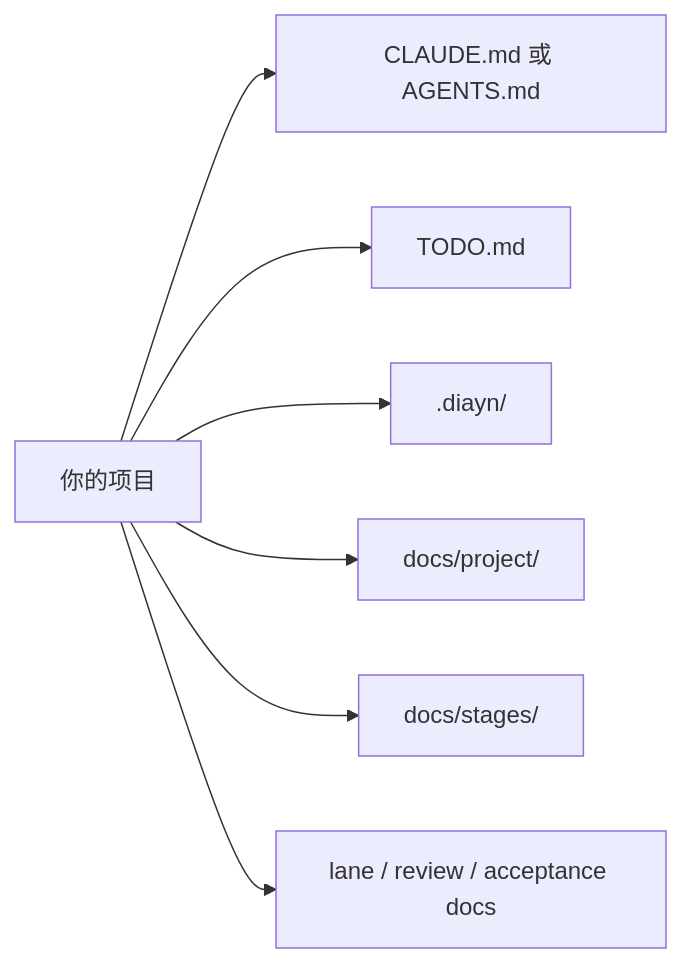
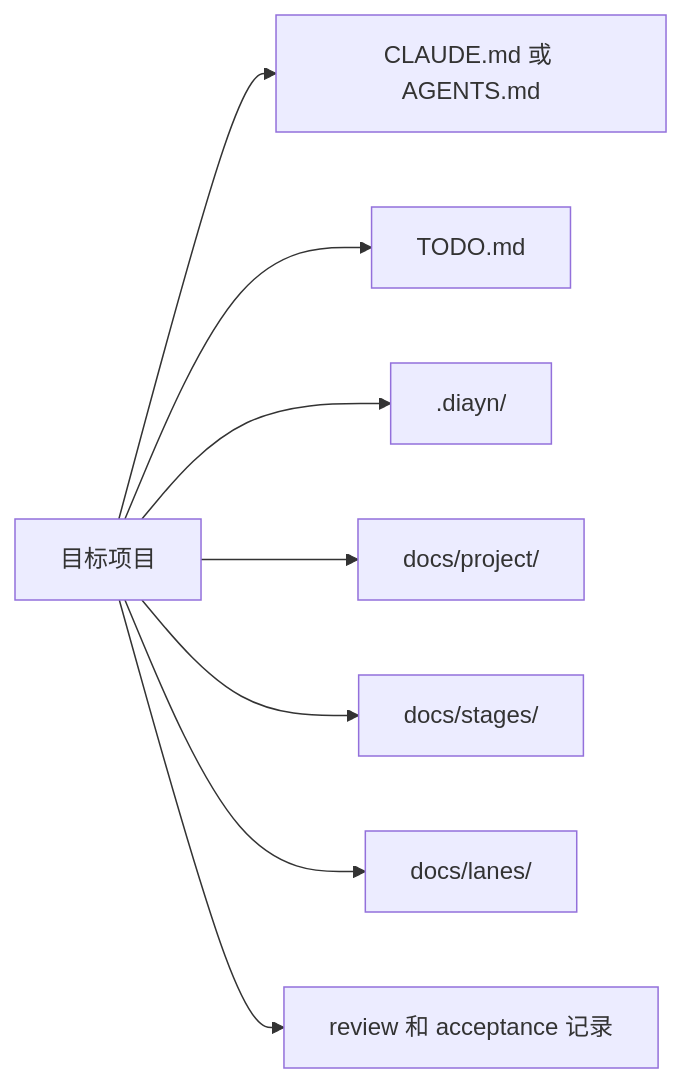
The second of 2 diagrams in README.zh-CN.md (ice268528/Docs-is-all-you-need), drawn with Mermaid before and after one commit. The commit also changed other lines of this file and 386 other files, not shown here.

````diff
--- a/README.zh-CN.md
+++ b/README.zh-CN.md
@@ -98,9 +115,10 @@
 ```mermaid
 flowchart LR
-  P["你的项目"] --> A["CLAUDE.md 或 AGENTS.md"]
+  P["目标项目"] --> A["CLAUDE.md 或 AGENTS.md"]
   P --> B["TODO.md"]
   P --> C[".diayn/"]
   P --> D["docs/project/"]
   P --> E["docs/stages/"]
-  P --> F["lane / review / acceptance docs"]
+  P --> F["docs/lanes/"]
+  P --> G["review 和 acceptance 记录"]
 ```
````
